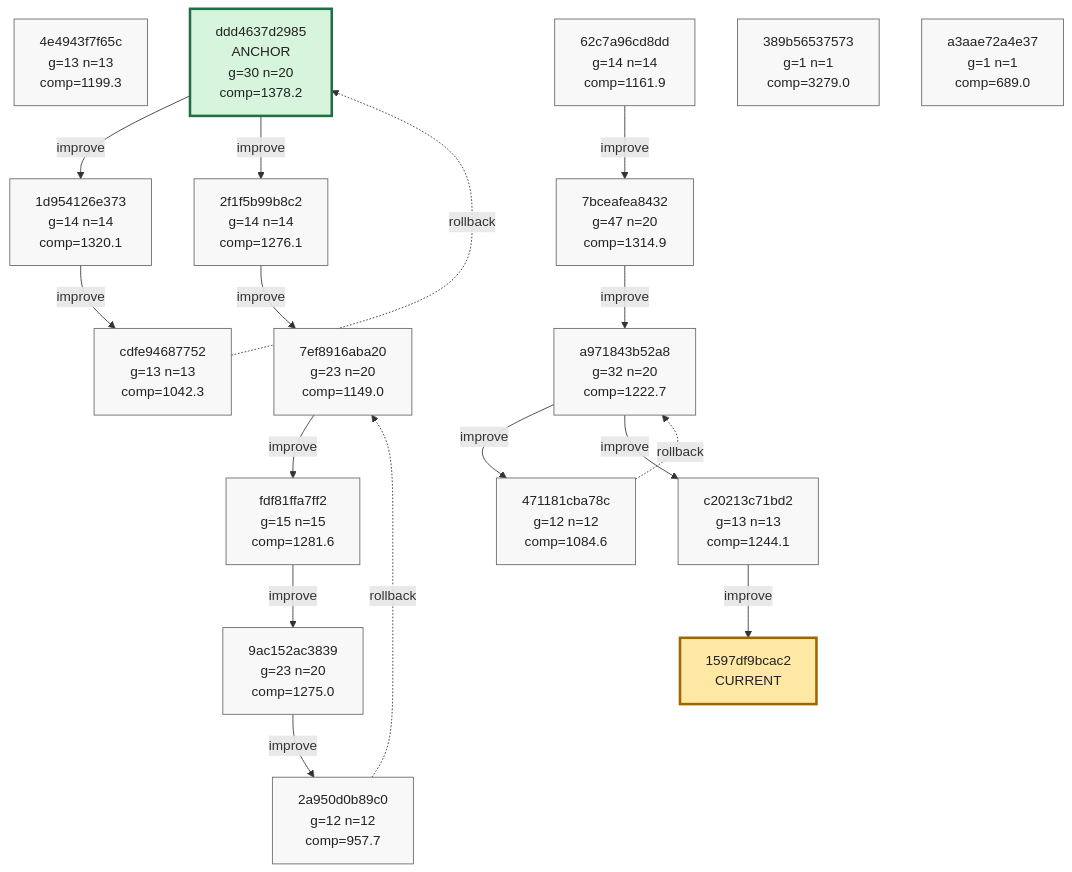
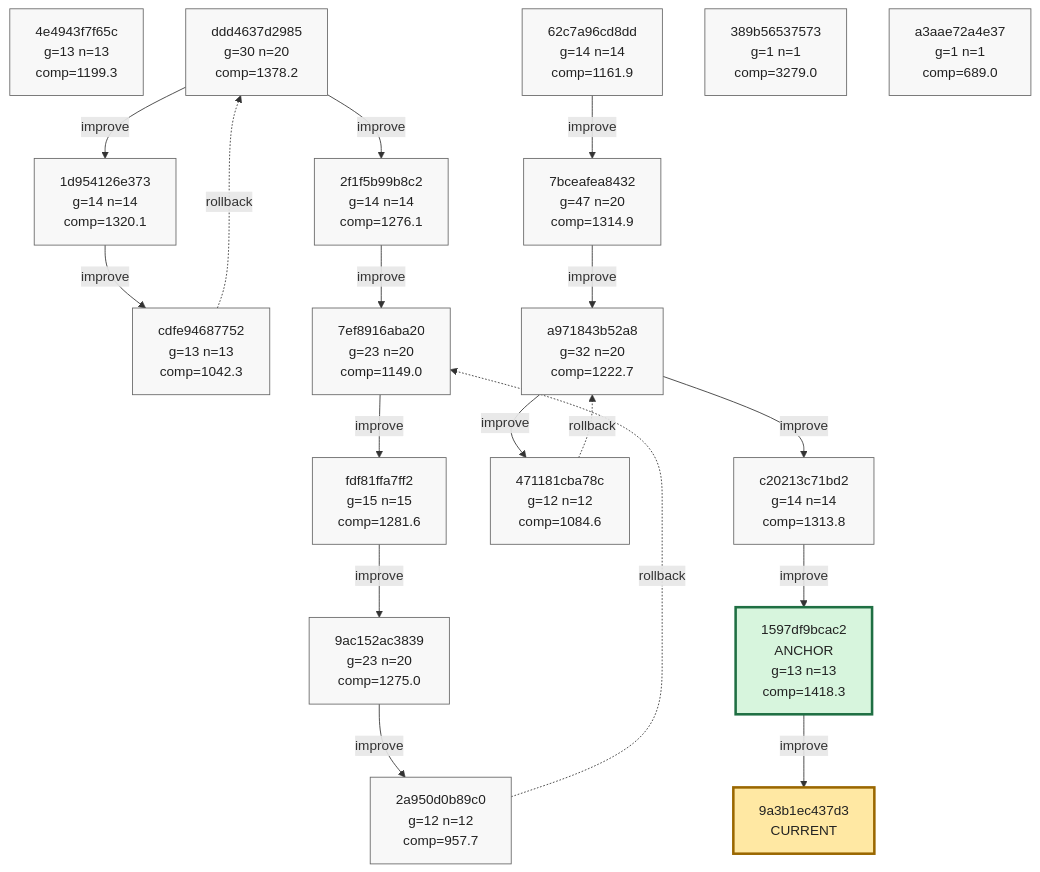
Before and after one commit to azumag/soviet_now: the ninth of 9 diagrams in phyrogenetic-tree.md, drawn with Mermaid. The commit also changed other lines of this file and 2 other files, not shown here.

Commit message:
eloop Improve after 12 games (scores: 1371 1795 1676 1470 1484 1846 2399 803 1314 1921 2148 1010)

````diff
--- a/phyrogenetic-tree.md
+++ b/phyrogenetic-tree.md
@@ -2237,59 +2231,62 @@
 ```mermaid
 flowchart TD
     h_4e4943f7f65c["4e4943f7f65c<br/>g=13 n=13<br/>comp=1199.3"]
-    h_ddd4637d2985["ddd4637d2985<br/>ANCHOR<br/>g=30 n=20<br/>comp=1378.2"]
+    h_ddd4637d2985["ddd4637d2985<br/>g=30 n=20<br/>comp=1378.2"]
     h_1d954126e373["1d954126e373<br/>g=14 n=14<br/>comp=1320.1"]
     h_cdfe94687752["cdfe94687752<br/>g=13 n=13<br/>comp=1042.3"]
     h_2f1f5b99b8c2["2f1f5b99b8c2<br/>g=14 n=14<br/>comp=1276.1"]
     h_7ef8916aba20["7ef8916aba20<br/>g=23 n=20<br/>comp=1149.0"]
     h_fdf81ffa7ff2["fdf81ffa7ff2<br/>g=15 n=15<br/>comp=1281.6"]
     h_9ac152ac3839["9ac152ac3839<br/>g=23 n=20<br/>comp=1275.0"]
     h_2a950d0b89c0["2a950d0b89c0<br/>g=12 n=12<br/>comp=957.7"]
     h_62c7a96cd8dd["62c7a96cd8dd<br/>g=14 n=14<br/>comp=1161.9"]
     h_7bceafea8432["7bceafea8432<br/>g=47 n=20<br/>comp=1314.9"]
     h_a971843b52a8["a971843b52a8<br/>g=32 n=20<br/>comp=1222.7"]
     h_471181cba78c["471181cba78c<br/>g=12 n=12<br/>comp=1084.6"]
-    h_c20213c71bd2["c20213c71bd2<br/>g=13 n=13<br/>comp=1244.1"]
+    h_c20213c71bd2["c20213c71bd2<br/>g=14 n=14<br/>comp=1313.8"]
+    h_1597df9bcac2["1597df9bcac2<br/>ANCHOR<br/>g=13 n=13<br/>comp=1418.3"]
     h_389b56537573["389b56537573<br/>g=1 n=1<br/>comp=3279.0"]
     h_a3aae72a4e37["a3aae72a4e37<br/>g=1 n=1<br/>comp=689.0"]
-    h_1597df9bcac2["1597df9bcac2<br/>CURRENT"]
+    h_9a3b1ec437d3["9a3b1ec437d3<br/>CURRENT"]
 
     h_ddd4637d2985 -->|improve| h_1d954126e373
     h_1d954126e373 -->|improve| h_cdfe94687752
     h_cdfe94687752 -. rollback .-> h_ddd4637d2985
     h_ddd4637d2985 -->|improve| h_2f1f5b99b8c2
     h_2f1f5b99b8c2 -->|improve| h_7ef8916aba20
     h_7ef8916aba20 -->|improve| h_fdf81ffa7ff2
     h_fdf81ffa7ff2 -->|improve| h_9ac152ac3839
     h_9ac152ac3839 -->|improve| h_2a950d0b89c0
     h_2a950d0b89c0 -. rollback .-> h_7ef8916aba20
     h_62c7a96cd8dd -->|improve| h_7bceafea8432
     h_7bceafea8432 -->|improve| h_a971843b52a8
     h_a971843b52a8 -->|improve| h_471181cba78c
     h_471181cba78c -. rollback .-> h_a971843b52a8
     h_a971843b52a8 -->|improve| h_c20213c71bd2
     h_c20213c71bd2 -->|improve| h_1597df9bcac2
+    h_1597df9bcac2 -->|improve| h_9a3b1ec437d3
 
     classDef plain fill:#f8f8f8,stroke:#666,stroke-width:1px,color:#222;
     classDef current fill:#ffe8a3,stroke:#9a6700,stroke-width:3px,color:#222;
     classDef anchor fill:#d7f5dd,stroke:#1f6f43,stroke-width:3px,color:#222;
     classDef current_anchor fill:#f3e4a8,stroke:#1f6f43,stroke-width:4px,color:#222;
 
     class h_4e4943f7f65c plain;
-    class h_ddd4637d2985 anchor;
+    class h_ddd4637d2985 plain;
     class h_1d954126e373 plain;
     class h_cdfe94687752 plain;
     class h_2f1f5b99b8c2 plain;
     class h_7ef8916aba20 plain;
     class h_fdf81ffa7ff2 plain;
     class h_9ac152ac3839 plain;
     class h_2a950d0b89c0 plain;
     class h_62c7a96cd8dd plain;
     class h_7bceafea8432 plain;
     class h_a971843b52a8 plain;
     class h_471181cba78c plain;
     class h_c20213c71bd2 plain;
+    class h_1597df9bcac2 anchor;
     class h_389b56537573 plain;
     class h_a3aae72a4e37 plain;
-    class h_1597df9bcac2 current;
+    class h_9a3b1ec437d3 current;
 ```
````
